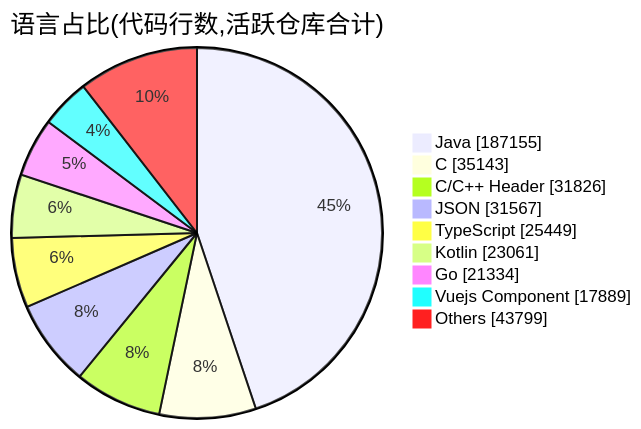
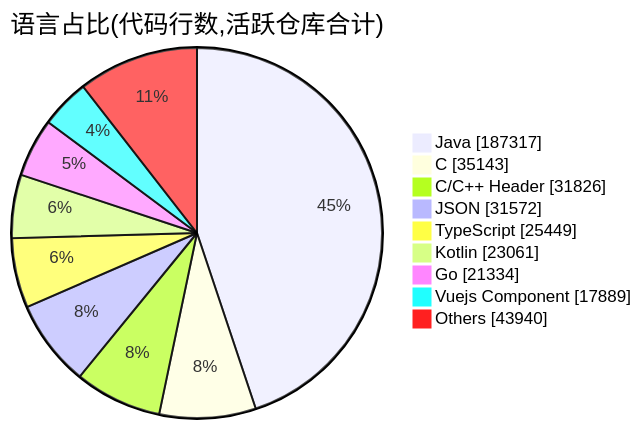
Before and after one commit to Conflux-Union/.github: the second of 2 diagrams in profile/README.md, drawn with Mermaid. The commit also changed other lines of this file and 1 other file, not shown here.

````diff
--- a/profile/README.md
+++ b/profile/README.md
@@ -82,13 +82,13 @@
 ```mermaid
 pie showData
     title 语言占比(代码行数,活跃仓库合计)
-    "Java" : 187155
+    "Java" : 187317
     "C" : 35143
     "C/C++ Header" : 31826
-    "JSON" : 31567
+    "JSON" : 31572
     "TypeScript" : 25449
     "Kotlin" : 23061
     "Go" : 21334
     "Vuejs Component" : 17889
-    "Others" : 43799
+    "Others" : 43940
 ```
````
